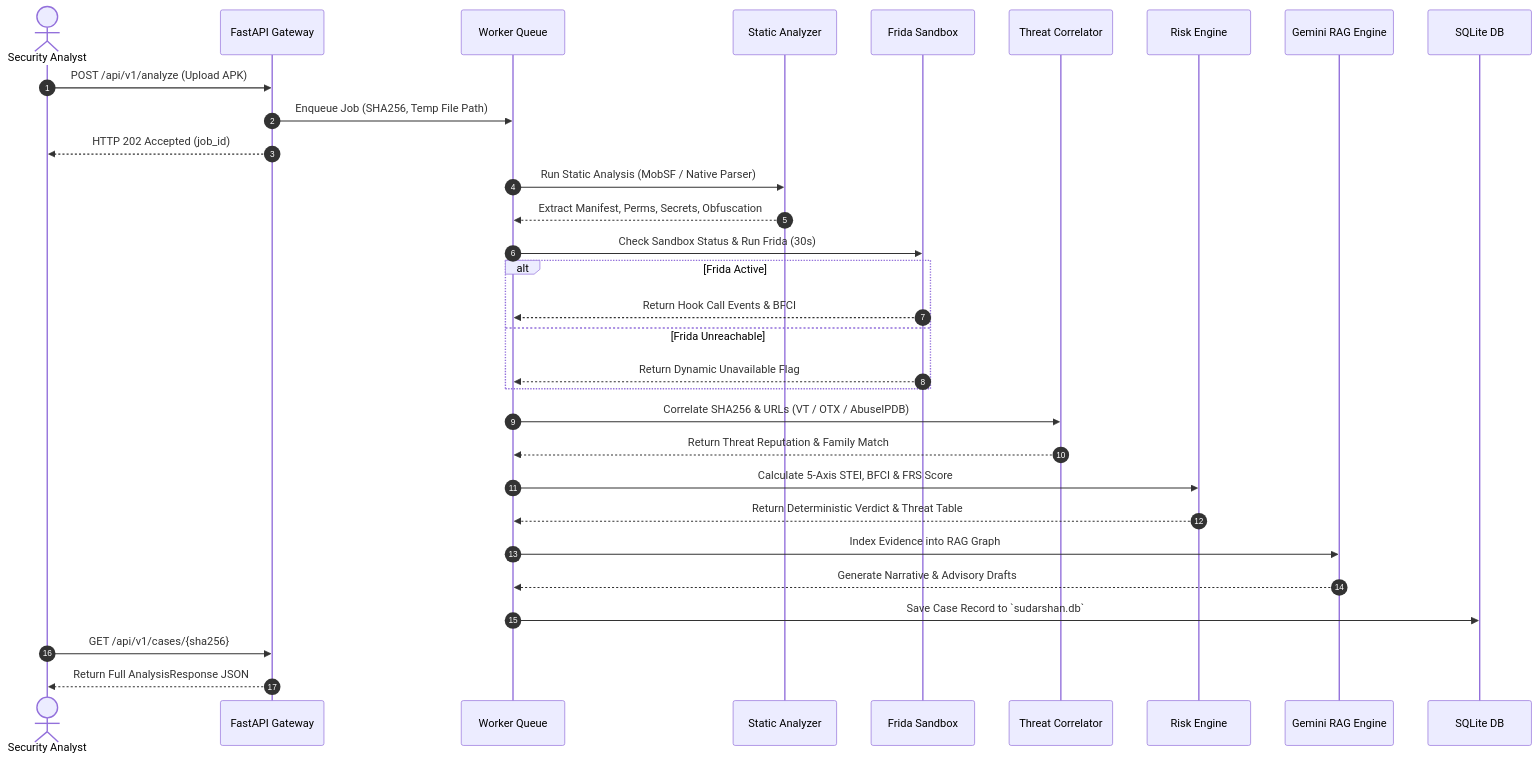
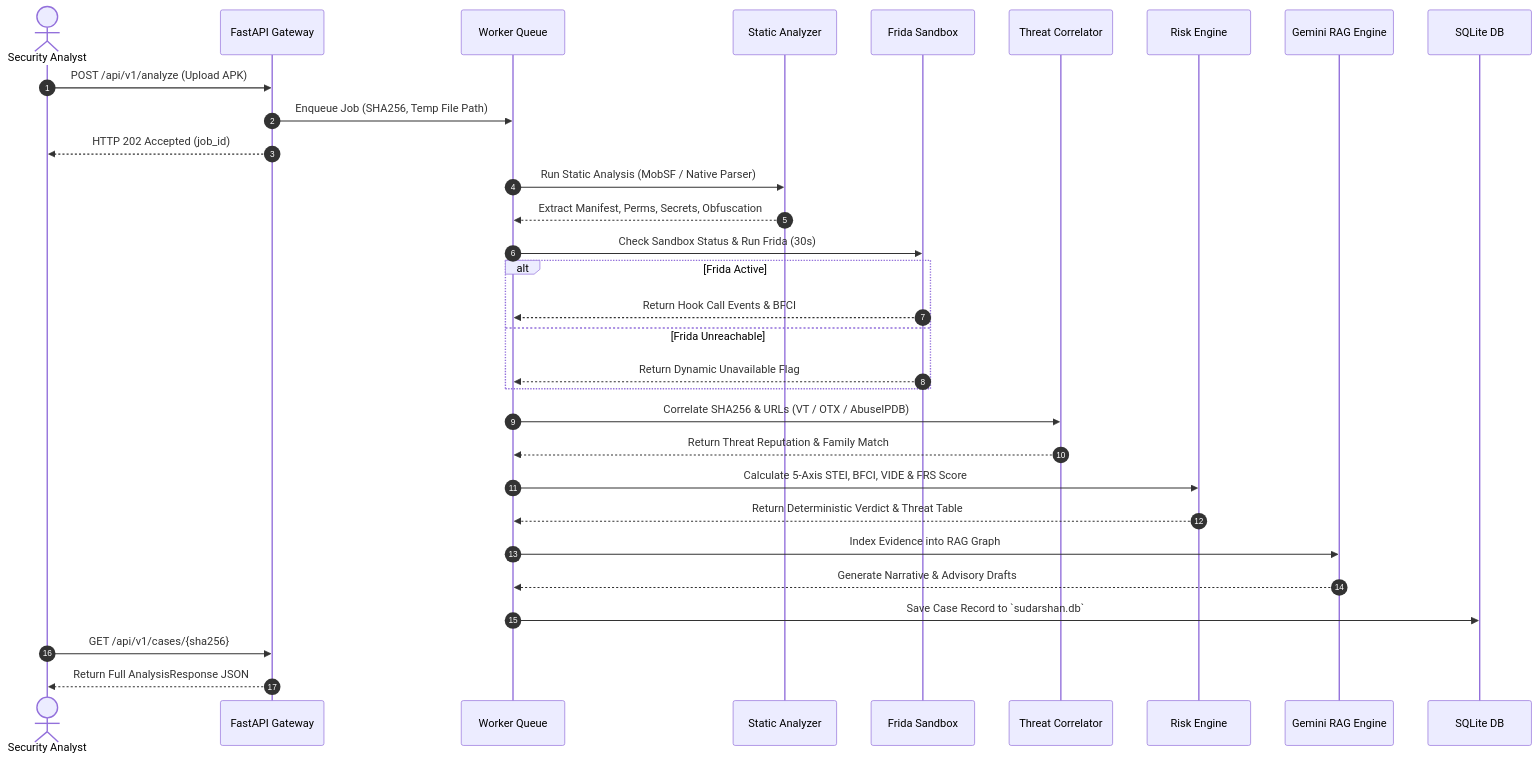
The second of 2 diagrams in docs/02_SYSTEM_OVERVIEW.md (SanTiwari07/Sudarshan), drawn with Mermaid before and after one commit. The commit also changed other lines of this file and 33 other files, not shown here.

````diff
--- a/docs/02_SYSTEM_OVERVIEW.md
+++ b/docs/02_SYSTEM_OVERVIEW.md
@@ -157,40 +157,40 @@
 ```mermaid
 sequenceDiagram
     autonumber
     actor User as Security Analyst
     participant API as FastAPI Gateway
     participant Q as Worker Queue
     participant S as Static Analyzer
     participant D as Frida Sandbox
     participant C as Threat Correlator
     participant R as Risk Engine
     participant AI as Gemini RAG Engine
     participant DB as SQLite DB
 
     User->>API: POST /api/v1/analyze (Upload APK)
     API->>Q: Enqueue Job (SHA256, Temp File Path)
     API-->>User: HTTP 202 Accepted (job_id)
 
     Q->>S: Run Static Analysis (MobSF / Native Parser)
     S-->>Q: Extract Manifest, Perms, Secrets, Obfuscation
 
     Q->>D: Check Sandbox Status & Run Frida (30s)
     alt Frida Active
         D-->>Q: Return Hook Call Events & BFCI
     else Frida Unreachable
         D-->>Q: Return Dynamic Unavailable Flag
     end
 
     Q->>C: Correlate SHA256 & URLs (VT / OTX / AbuseIPDB)
     C-->>Q: Return Threat Reputation & Family Match
 
-    Q->>R: Calculate 5-Axis STEI, BFCI & FRS Score
+    Q->>R: Calculate 5-Axis STEI, BFCI, VIDE & FRS Score
     R-->>Q: Return Deterministic Verdict & Threat Table
 
     Q->>AI: Index Evidence into RAG Graph
     AI-->>Q: Generate Narrative & Advisory Drafts
 
     Q->>DB: Save Case Record to `sudarshan.db`
     User->>API: GET /api/v1/cases/{sha256}
     API-->>User: Return Full AnalysisResponse JSON
 ```
````
